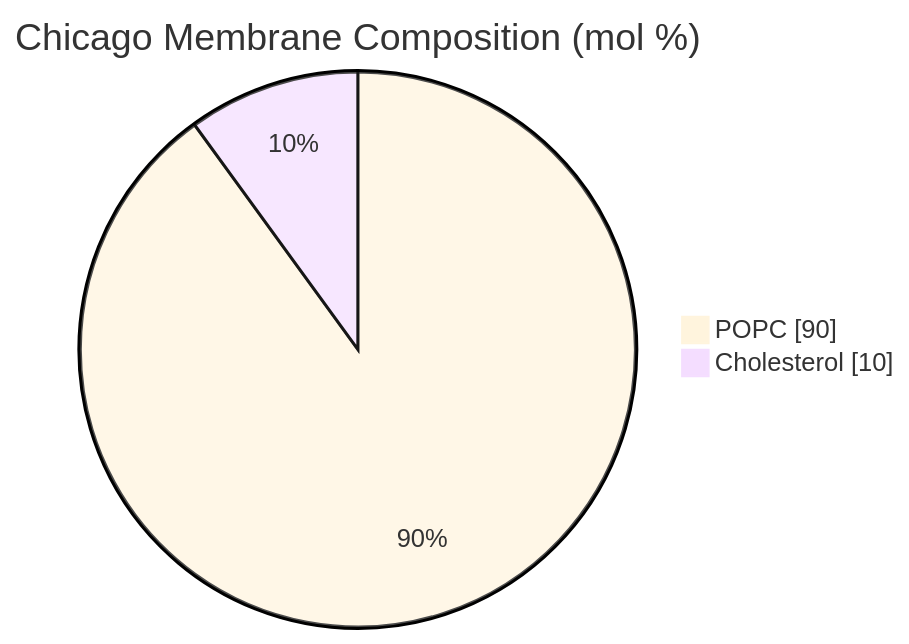
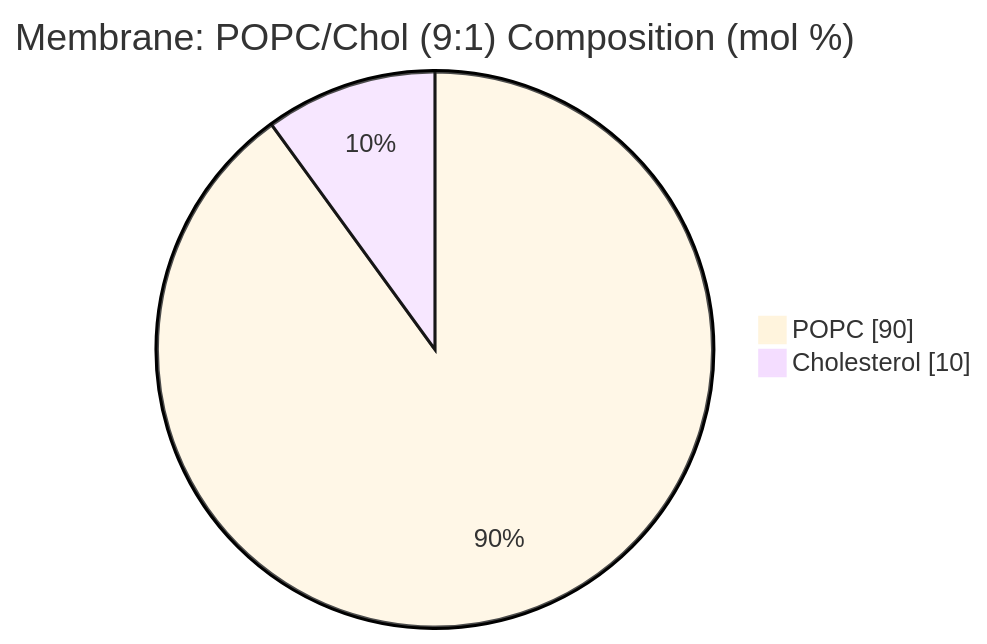
Before and after one commit to nucleus-eng/nucleus-docs: the first of 2 diagrams in docs/modules/membrane-popc-chol-chicago/spec.md, drawn with Mermaid. The commit also changed other lines of this file and 49 other files, not shown here.

````diff
--- a/docs/modules/membrane-popc-chol-chicago/spec.md
+++ b/docs/modules/membrane-popc-chol-chicago/spec.md
@@ -22,7 +22,7 @@
 ```mermaid
 %%{init: {'theme': 'base', 'themeVariables': {'lineColor': '#555555', 'edgeLabelBackground': '#ffffff'}}}%%
 pie showData
-    title Chicago Membrane Composition (mol %)
+    title Membrane: POPC/Chol (9:1) Composition (mol %)
     "POPC" : 90
     "Cholesterol" : 10
 ```
````
